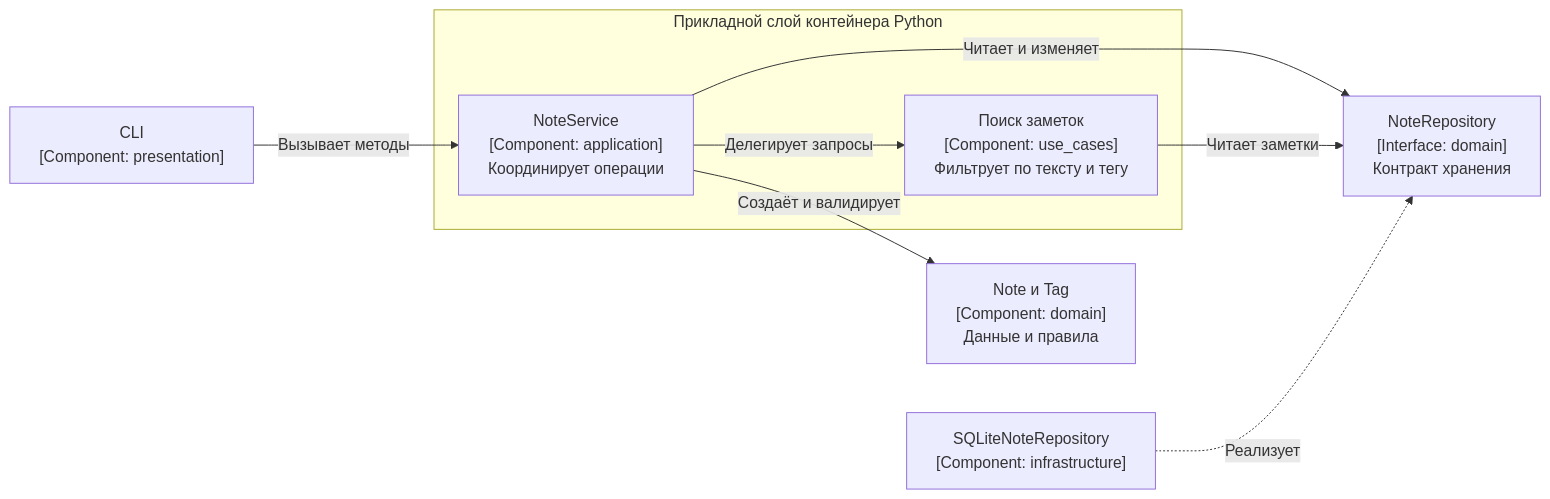
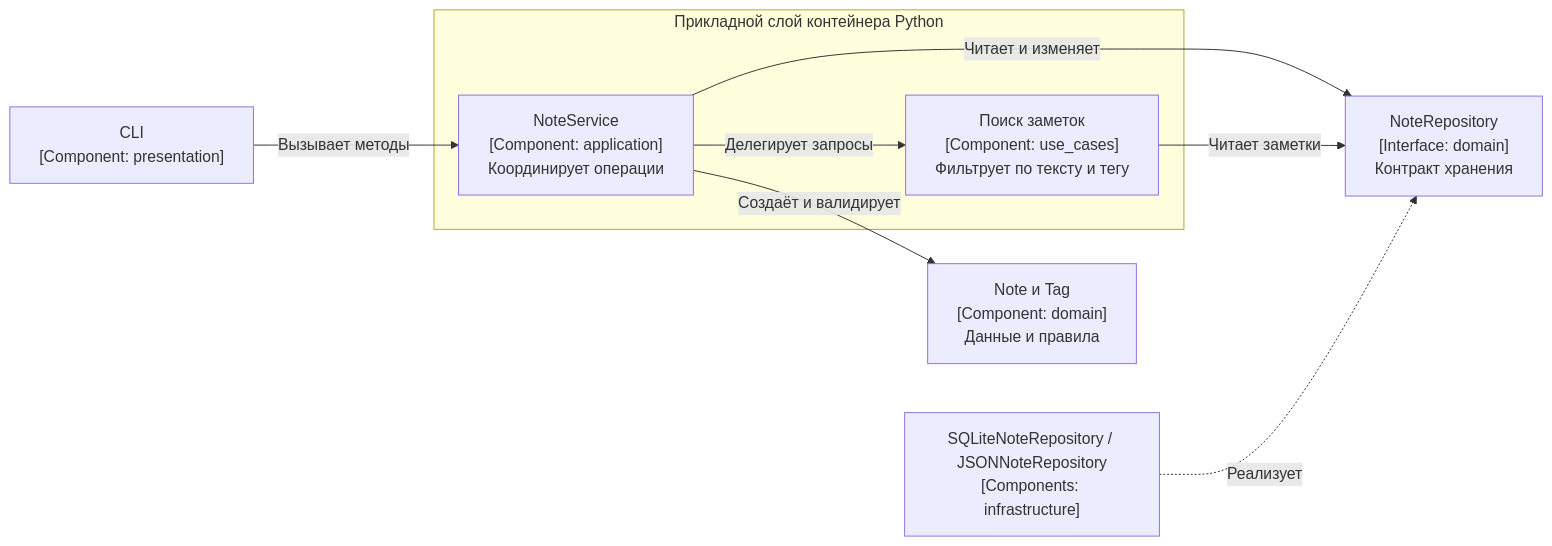
Before and after one commit to Reevan8899/variant-1-modular: the second of 2 diagrams in docs/architecture.md, drawn with Mermaid. The commit also changed other lines of this file and 3 other files, not shown here.

````diff
--- a/docs/architecture.md
+++ b/docs/architecture.md
@@ -22,17 +22,17 @@
 ```mermaid
 flowchart LR
     UI["CLI<br/>[Component: presentation]"]
     subgraph App["Прикладной слой контейнера Python"]
         N["NoteService<br/>[Component: application]<br/>Координирует операции"]
         Q["Поиск заметок<br/>[Component: use_cases]<br/>Фильтрует по тексту и тегу"]
     end
     D["Note и Tag<br/>[Component: domain]<br/>Данные и правила"]
     P["NoteRepository<br/>[Interface: domain]<br/>Контракт хранения"]
-    S["SQLiteNoteRepository<br/>[Component: infrastructure]"]
+    S["SQLiteNoteRepository / JSONNoteRepository<br/>[Components: infrastructure]"]
     UI -->|"Вызывает методы"| N
     N -->|"Делегирует запросы"| Q
     N -->|"Создаёт и валидирует"| D
     N -->|"Читает и изменяет"| P
     Q -->|"Читает заметки"| P
     S -.->|"Реализует"| P
 ```
````
